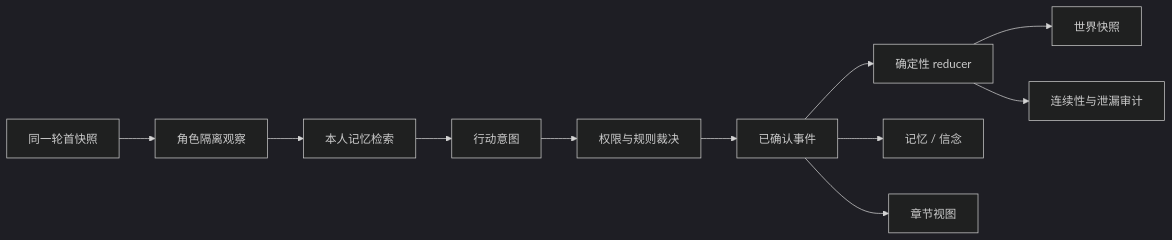
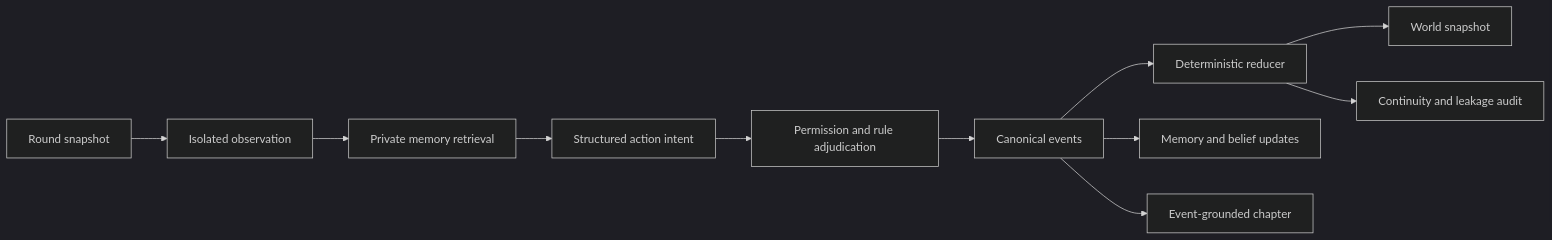
The diagram in README.md (JaspinXu/WhatIfStarRail), drawn with Mermaid (dark theme) before and after one commit. The commit also changed other lines of this file, not shown here.

````diff
--- a/README.md
+++ b/README.md
@@ -90,13 +24,13 @@
 ```mermaid
 flowchart LR
-    A["同一轮首快照"] --> B["角色隔离观察"]
-    B --> C["本人记忆检索"]
-    C --> D["行动意图"]
-    D --> E["权限与规则裁决"]
-    E --> F["已确认事件"]
-    F --> G["确定性 reducer"]
-    G --> H["世界快照"]
-    F --> I["记忆 / 信念"]
-    F --> J["章节视图"]
-    G --> K["连续性与泄漏审计"]
+    A[Round snapshot] --> B[Isolated observation]
+    B --> C[Private memory retrieval]
+    C --> D[Structured action intent]
+    D --> E[Permission and rule adjudication]
+    E --> F[Canonical events]
+    F --> G[Deterministic reducer]
+    G --> H[World snapshot]
+    F --> I[Memory and belief updates]
+    F --> J[Event-grounded chapter]
+    G --> K[Continuity and leakage audit]
 ```
````
